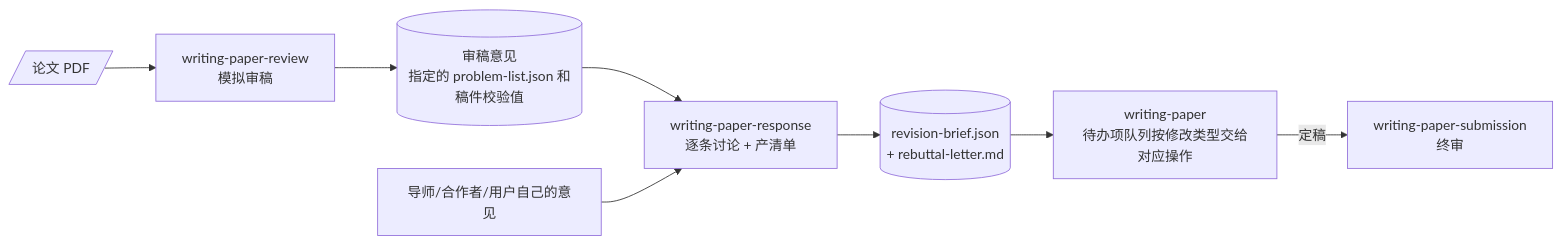
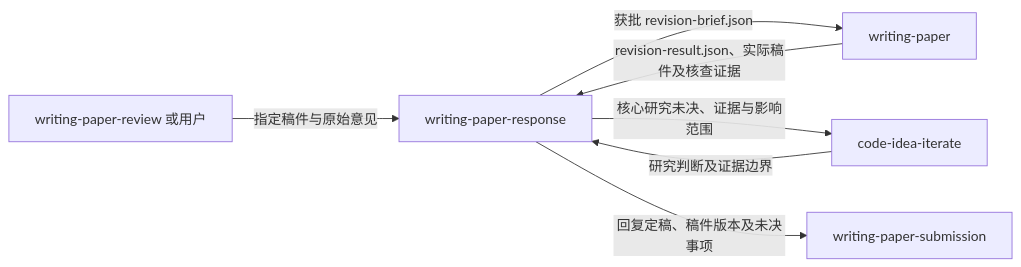
The first of 2 diagrams in plugins/dl-assistant/skills/writing-paper-response/SKILL.md (jackwang0108/dl-assistant), drawn with Mermaid before and after one commit. The commit also changed other lines of this file and 11 other files, not shown here.

Commit message:
Rework paper response and verified revision handoffs

````diff
--- a/plugins/dl-assistant/skills/writing-paper-response/SKILL.md
+++ b/plugins/dl-assistant/skills/writing-paper-response/SKILL.md
@@ -30,10 +12,9 @@
 ```mermaid
 flowchart LR
-    PDF[/论文 PDF/] --> WPR["writing-paper-review<br/>模拟审稿"]
-    WPR --> COMM[("审稿意见<br/>指定的 problem-list.json 和稿件校验值")]
-    COMM --> WRESP["writing-paper-response<br/>逐条讨论 + 产清单"]
-    ADV["导师/合作者/用户自己的意见"] --> WRESP
-    WRESP --> RBRIEF[("revision-brief.json<br/>+ rebuttal-letter.md")]
-    RBRIEF --> WP["writing-paper<br/>待办项队列按修改类型交给对应操作"]
-    WP -->|定稿| WPS["writing-paper-submission<br/>终审"]
+    REVIEW["writing-paper-review 或用户"] -->|"指定稿件与原始意见"| RESP["writing-paper-response"]
+    RESP -->|"获批 revision-brief.json"| WRITE["writing-paper"]
+    WRITE -->|"revision-result.json、实际稿件及核查证据"| RESP
+    RESP -->|"核心研究未决、证据与影响范围"| ITER["code-idea-iterate"]
+    ITER -->|"研究判断及证据边界"| RESP
+    RESP -->|"回复定稿、稿件版本及未决事项"| SUB["writing-paper-submission"]
 ```
````
